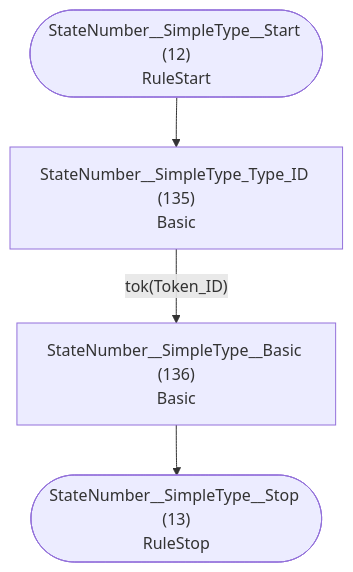
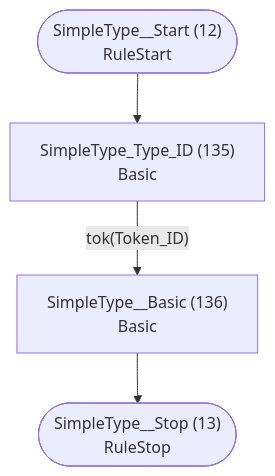
The seventh of 37 diagrams in internal/grammar/atn.md (TypeFox/fastbelt), drawn with Mermaid before and after one commit. The commit also changed other lines of this file and 26 other files, not shown here.

````diff
--- a/internal/grammar/atn.md
+++ b/internal/grammar/atn.md
@@ -200,11 +200,11 @@
 ```mermaid
 flowchart TD
-    q12(["StateNumber__SimpleType__Start (12)<br/>RuleStart"])
-    q13(["StateNumber__SimpleType__Stop (13)<br/>RuleStop"])
-    q135["StateNumber__SimpleType_Type_ID (135)<br/>Basic<br/>"]
-    q136["StateNumber__SimpleType__Basic (136)<br/>Basic<br/>"]
+    q12(["SimpleType__Start (12)<br/>RuleStart"])
+    q13(["SimpleType__Stop (13)<br/>RuleStop"])
+    q135["SimpleType_Type_ID (135)<br/>Basic<br/>"]
+    q136["SimpleType__Basic (136)<br/>Basic<br/>"]
 
     q12 --> q135
     q135 -->|"tok(Token_ID)"| q136
     q136 --> q13
 ```
````
